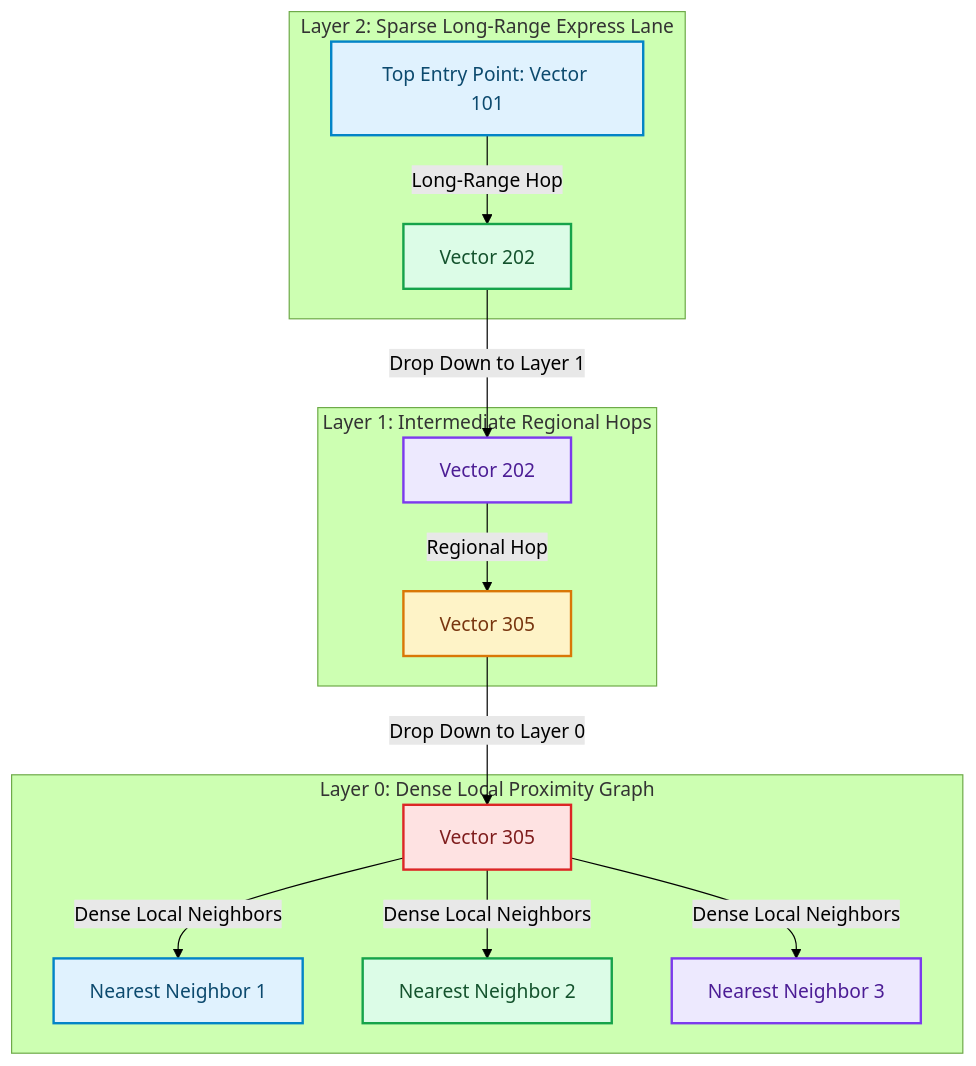
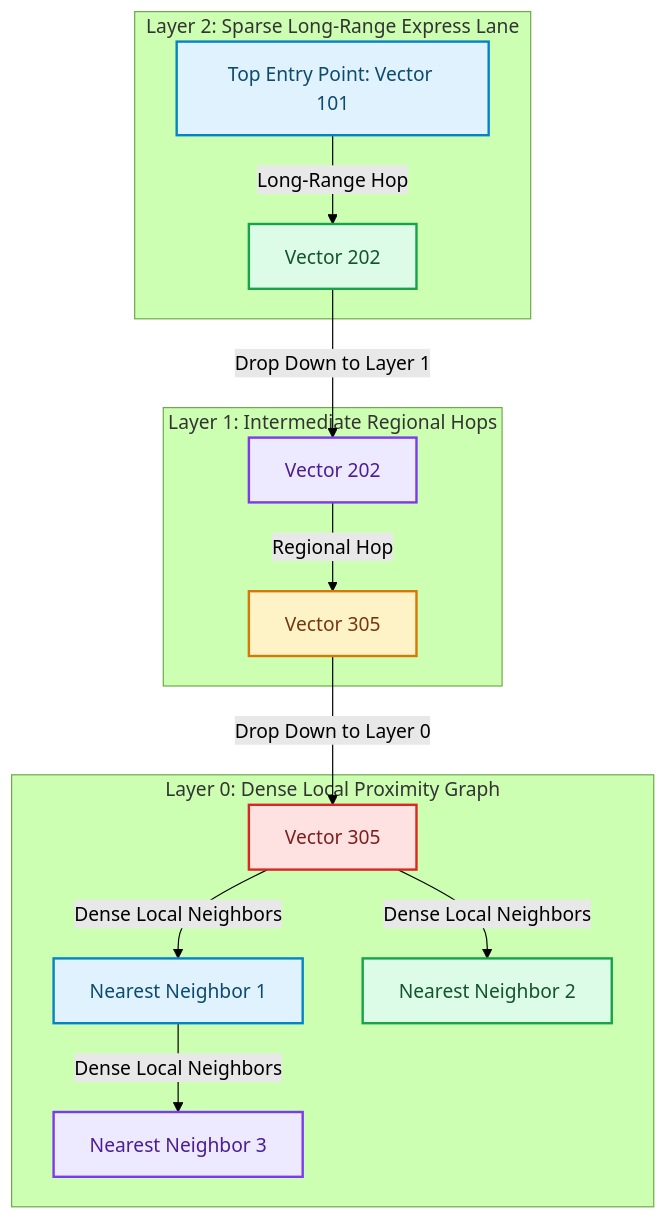
The diagram in blog/posts/vector-indexing-hnsw-multi-layer-graphs-distance-metrics.md (akmalkhaniub/akmalkhaniub.github.io), drawn with Mermaid (forest theme) before and after one commit. The commit also changed 894 other files, not shown here.

Commit message:
feat(blog): upgrade all 444 posts with unique staggered dates, 2-col Mermaid spines, benchmark tables, code blocks, and trade-offs

````diff
--- a/blog/posts/vector-indexing-hnsw-multi-layer-graphs-distance-metrics.md
+++ b/blog/posts/vector-indexing-hnsw-multi-layer-graphs-distance-metrics.md
@@ -19,29 +19,29 @@
 ```mermaid
 flowchart TD
   subgraph SG1_Layer2Sparse ["Layer 2: Sparse Long-Range Express Lane"]
     StartNode["Top Entry Point: Vector 101"] -->|Long-Range Hop| Node202["Vector 202"]
   end
   
   subgraph SG2_Layer1Intermediate ["Layer 1: Intermediate Regional Hops"]
     Node202 -->|Drop Down to Layer 1| Node202_L1["Vector 202"]
     Node202_L1 -->|Regional Hop| Node305["Vector 305"]
   end
   
   subgraph SG3_Layer0Dense ["Layer 0: Dense Local Proximity Graph"]
     Node305 -->|Drop Down to Layer 0| Node305_L0["Vector 305"]
     Node305_L0 -->|Dense Local Neighbors| NN1["Nearest Neighbor 1"]
     Node305_L0 -->|Dense Local Neighbors| NN2["Nearest Neighbor 2"]
-    Node305_L0 -->|Dense Local Neighbors| NN3["Nearest Neighbor 3"]
+    NN1 --> |Dense Local Neighbors| NN3["Nearest Neighbor 3"]
   end
 
 classDef green fill:#dcfce7,stroke:#16a34a,stroke-width:2px,color:#14532d;
 classDef red fill:#fee2e2,stroke:#dc2626,stroke-width:2px,color:#7f1d1d;
 classDef blue fill:#e0f2fe,stroke:#0284c7,stroke-width:2px,color:#0c4a6e;
 classDef yellow fill:#fef3c7,stroke:#d97706,stroke-width:2px,color:#78350f;
 classDef purple fill:#ede9fe,stroke:#7c3aed,stroke-width:2px,color:#4c1d95;
 class StartNode,NN1 blue
 class Node202,NN2 green
 class Node202_L1,NN3 purple
 class Node305 yellow
 class Node305_L0 red
 ```
````
